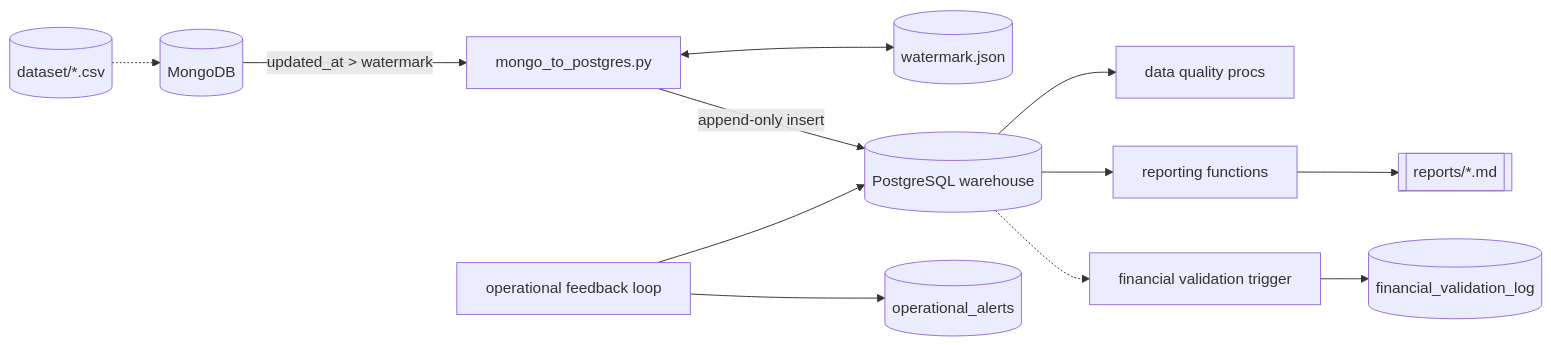
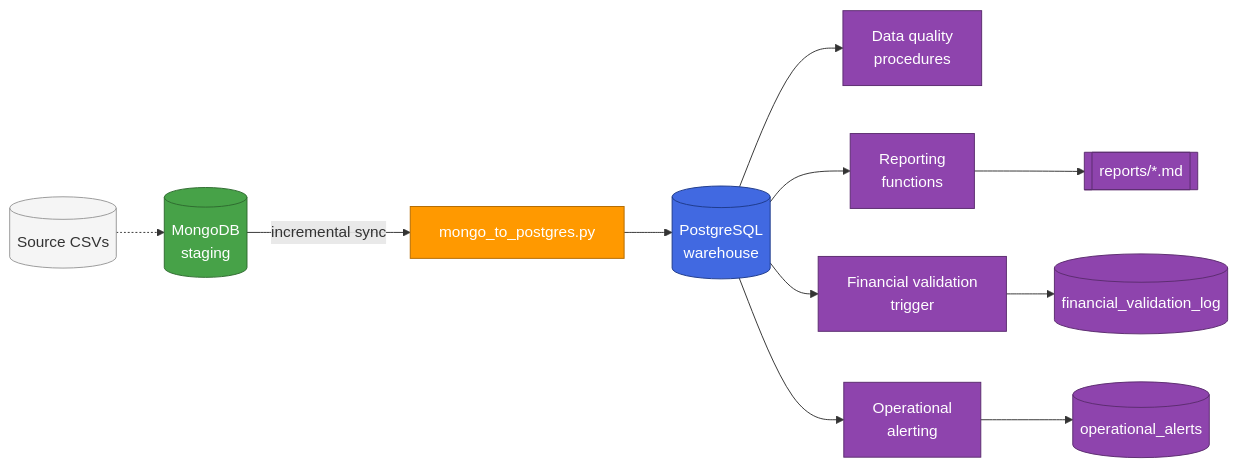
The diagram in README.md (Nitinx12/Logistic-Relational-Database), drawn with Mermaid before and after one commit. The commit also changed other lines of this file and 4 other files, not shown here.

````diff
--- a/README.md
+++ b/README.md
@@ -55,12 +19,22 @@
 ```mermaid
 flowchart LR
-    CSV[("dataset/*.csv")] -.-> MONGO[("MongoDB")]
-    MONGO -- "updated_at > watermark" --> ETL["mongo_to_postgres.py"]
-    ETL <--> WM[("watermark.json")]
-    ETL -- "append-only insert" --> PG[("PostgreSQL warehouse")]
-    PG --> DQ["data quality procs"]
-    PG --> ANALYTICS["reporting functions"] --> REPORTS[["reports/*.md"]]
-    PG -.-> TRIGGER["financial validation trigger"] --> FVL[("financial_validation_log")]
-    FEEDBACK["operational feedback loop"] --> PG
-    FEEDBACK --> ALERTS[("operational_alerts")]
+    CSV[("Source CSVs")] -.-> MONGO[("MongoDB<br/>staging")]
+    MONGO -- "incremental sync" --> ETL["mongo_to_postgres.py"]
+    ETL --> PG[("PostgreSQL<br/>warehouse")]
+    PG --> DQ["Data quality<br/>procedures"]
+    PG --> RPT["Reporting<br/>functions"] --> DOCS[["reports/*.md"]]
+    PG --> TRG["Financial validation<br/>trigger"] --> FVL[("financial_validation_log")]
+    PG --> ALERT["Operational<br/>alerting"] --> OPS[("operational_alerts")]
+
+    classDef source fill:#f5f5f5,stroke:#999,color:#333;
+    classDef stage fill:#47A248,stroke:#2e6b30,color:#fff;
+    classDef etl fill:#FF9900,stroke:#b36b00,color:#fff;
+    classDef warehouse fill:#4169E1,stroke:#1e3a8a,color:#fff;
+    classDef output fill:#8e44ad,stroke:#5b2c6f,color:#fff;
+
+    class CSV source;
+    class MONGO stage;
+    class ETL etl;
+    class PG warehouse;
+    class DQ,RPT,TRG,ALERT,DOCS,FVL,OPS output;
 ```
````
